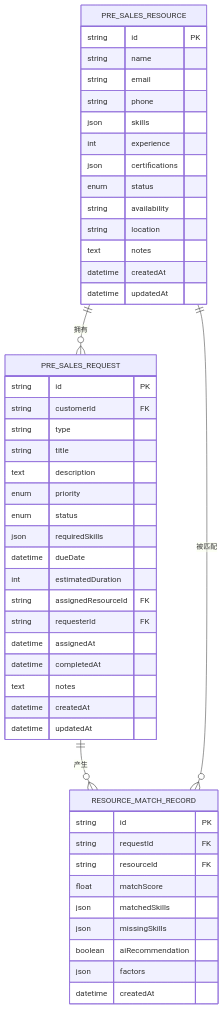
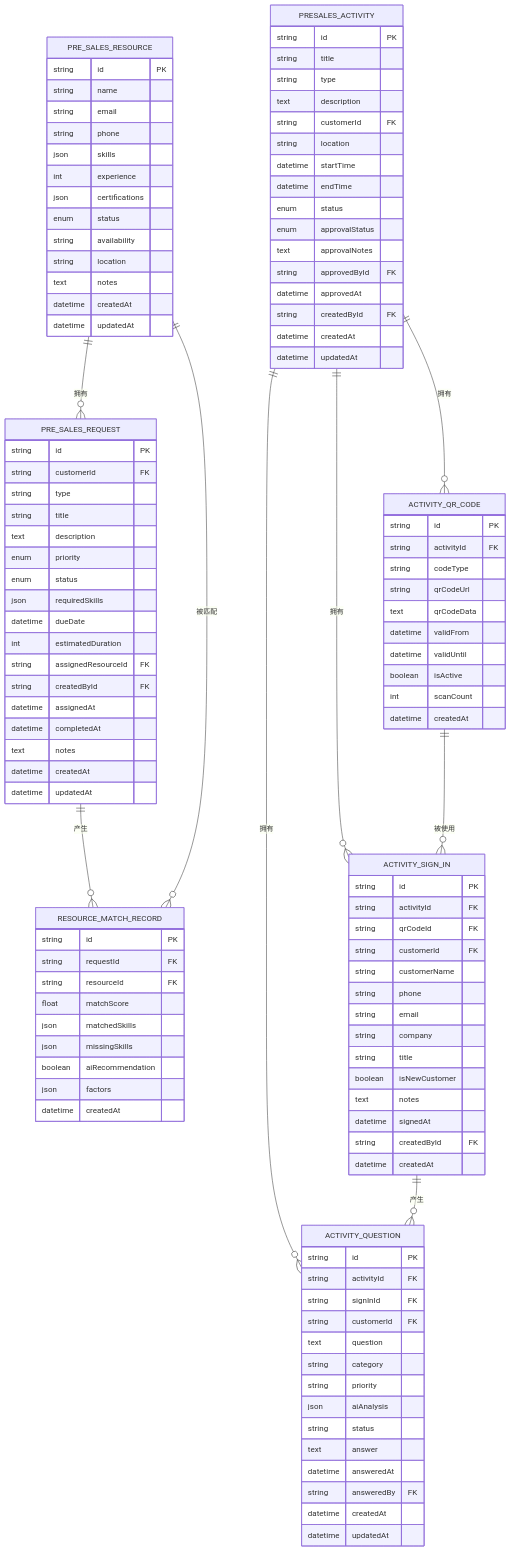
Before and after one commit to xianjianshenqu/SalesFlow-CRM: the fourth of 11 diagrams in .qoder/repowiki/zh/content/Presales Controller.md, drawn with Mermaid. The commit also changed other lines of this file and 5 other files, not shown here.

````diff
--- a/.qoder/repowiki/zh/content/Presales Controller.md
+++ b/.qoder/repowiki/zh/content/Presales Controller.md
@@ -220,7 +311,7 @@
 datetime dueDate
 int estimatedDuration
 string assignedResourceId FK
-string requesterId FK
+string createdById FK
 datetime assignedAt
 datetime completedAt
 text notes
@@ -238,7 +329,74 @@
 json factors
 datetime createdAt
 }
+PRESALES_ACTIVITY {
+string id PK
+string title
+string type
+text description
+string customerId FK
+string location
+datetime startTime
+datetime endTime
+enum status
+enum approvalStatus
+text approvalNotes
+string approvedById FK
+datetime approvedAt
+string createdById FK
+datetime createdAt
+datetime updatedAt
+}
+ACTIVITY_QR_CODE {
+string id PK
+string activityId FK
+string codeType
+string qrCodeUrl
+text qrCodeData
+datetime validFrom
+datetime validUntil
+boolean isActive
+int scanCount
+datetime createdAt
+}
+ACTIVITY_SIGN_IN {
+string id PK
+string activityId FK
+string qrCodeId FK
+string customerId FK
+string customerName
+string phone
+string email
+string company
+string title
+boolean isNewCustomer
+text notes
+datetime signedAt
+string createdById FK
+datetime createdAt
+}
+ACTIVITY_QUESTION {
+string id PK
+string activityId FK
+string signInId FK
+string customerId FK
+text question
+string category
+string priority
+json aiAnalysis
+string status
+text answer
+datetime answeredAt
+string answeredBy FK
+datetime createdAt
+datetime updatedAt
+}
 PRE_SALES_RESOURCE ||--o{ PRE_SALES_REQUEST : "拥有"
 PRE_SALES_REQUEST ||--o{ RESOURCE_MATCH_RECORD : "产生"
 PRE_SALES_RESOURCE ||--o{ RESOURCE_MATCH_RECORD : "被匹配"
+PRESALES_ACTIVITY ||--o{ ACTIVITY_QR_CODE : "拥有"
+PRESALES_ACTIVITY ||--o{ ACTIVITY_SIGN_IN : "拥有"
+PRESALES_ACTIVITY ||--o{ ACTIVITY_QUESTION : "拥有"
+ACTIVITY_QR_CODE ||--o{ ACTIVITY_SIGN_IN : "被使用"
+ACTIVITY_SIGN_IN ||--o{ ACTIVITY_QUESTION : "产生"
 ```
````
